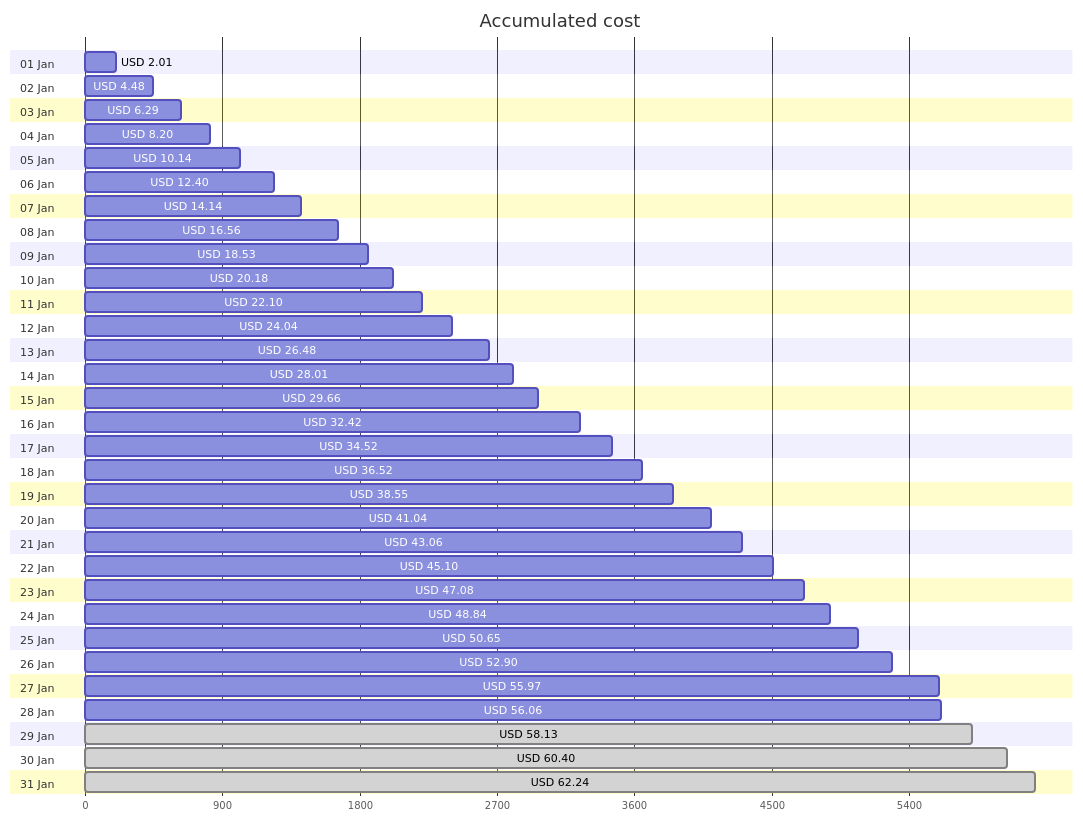
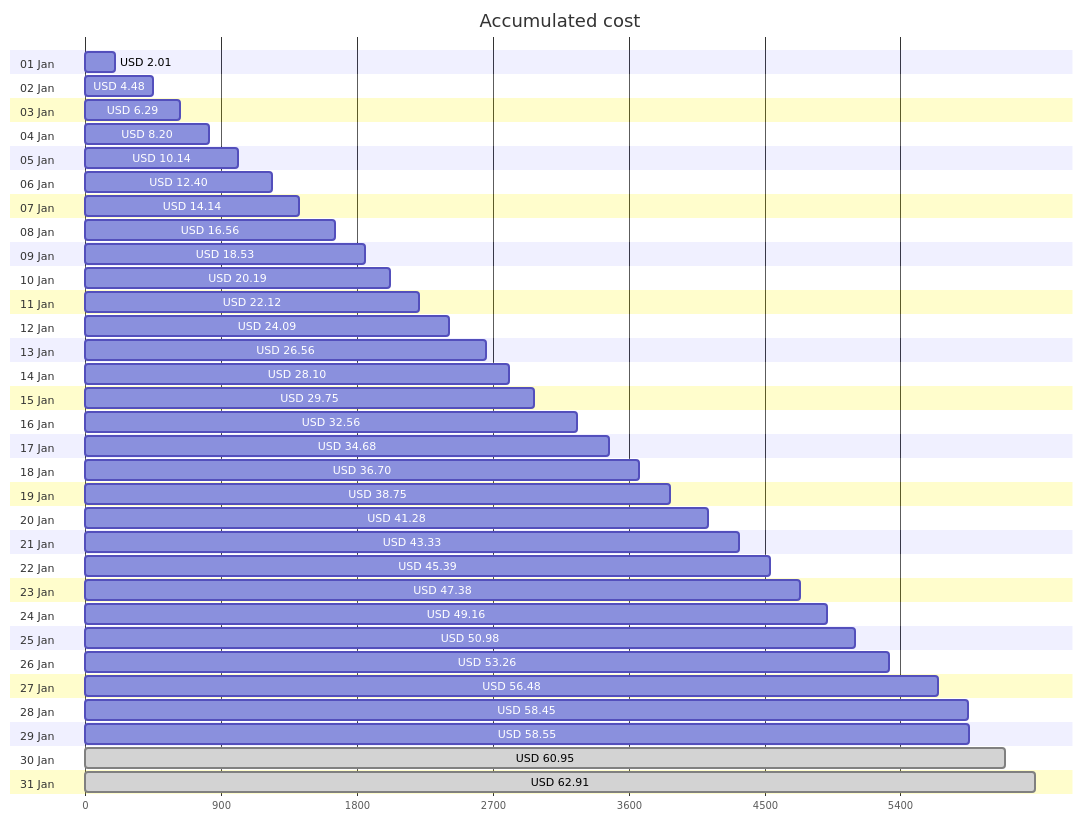
Before and after one commit to jpfulton/azure-personal-reports: the first of 4 diagrams in cost-reports/personal-network/README.md, drawn with Mermaid. The commit also changed other lines of this file and 8 other files, not shown here.

````diff
--- a/cost-reports/personal-network/README.md
+++ b/cost-reports/personal-network/README.md
@@ -20,68 +20,68 @@
 ```mermaid
 gantt
    title Accumulated cost
    dateFormat  X
    axisFormat %s
    section 01 Jan
    USD 2.01 :0, 201
    section 02 Jan
    USD 4.48 :0, 448
    section 03 Jan
    USD 6.29 :0, 629
    section 04 Jan
    USD 8.20 :0, 820
    section 05 Jan
    USD 10.14 :0, 1014
    section 06 Jan
    USD 12.40 :0, 1240
    section 07 Jan
    USD 14.14 :0, 1414
    section 08 Jan
    USD 16.56 :0, 1656
    section 09 Jan
    USD 18.53 :0, 1853
    section 10 Jan
-   USD 20.18 :0, 2018
+   USD 20.19 :0, 2019
    section 11 Jan
-   USD 22.10 :0, 2210
+   USD 22.12 :0, 2212
    section 12 Jan
-   USD 24.04 :0, 2404
+   USD 24.09 :0, 2409
    section 13 Jan
-   USD 26.48 :0, 2648
+   USD 26.56 :0, 2656
    section 14 Jan
-   USD 28.01 :0, 2801
+   USD 28.10 :0, 2810
    section 15 Jan
-   USD 29.66 :0, 2966
+   USD 29.75 :0, 2975
    section 16 Jan
-   USD 32.42 :0, 3242
+   USD 32.56 :0, 3256
    section 17 Jan
-   USD 34.52 :0, 3452
+   USD 34.68 :0, 3468
    section 18 Jan
-   USD 36.52 :0, 3652
+   USD 36.70 :0, 3670
    section 19 Jan
-   USD 38.55 :0, 3855
+   USD 38.75 :0, 3875
    section 20 Jan
-   USD 41.04 :0, 4104
+   USD 41.28 :0, 4128
    section 21 Jan
-   USD 43.06 :0, 4306
+   USD 43.33 :0, 4333
    section 22 Jan
-   USD 45.10 :0, 4510
+   USD 45.39 :0, 4539
    section 23 Jan
-   USD 47.08 :0, 4708
+   USD 47.38 :0, 4738
    section 24 Jan
-   USD 48.84 :0, 4884
+   USD 49.16 :0, 4916
    section 25 Jan
-   USD 50.65 :0, 5065
+   USD 50.98 :0, 5098
    section 26 Jan
-   USD 52.90 :0, 5290
+   USD 53.26 :0, 5326
    section 27 Jan
-   USD 55.97 :0, 5597
+   USD 56.48 :0, 5648
    section 28 Jan
-   USD 56.06 :0, 5606
+   USD 58.45 :0, 5845
    section 29 Jan
-   USD 58.13 : done, 0, 5813
+   USD 58.55 :0, 5855
    section 30 Jan
-   USD 60.40 : done, 0, 6040
+   USD 60.95 : done, 0, 6095
    section 31 Jan
-   USD 62.24 : done, 0, 6224
+   USD 62.91 : done, 0, 6291
 ```
````
